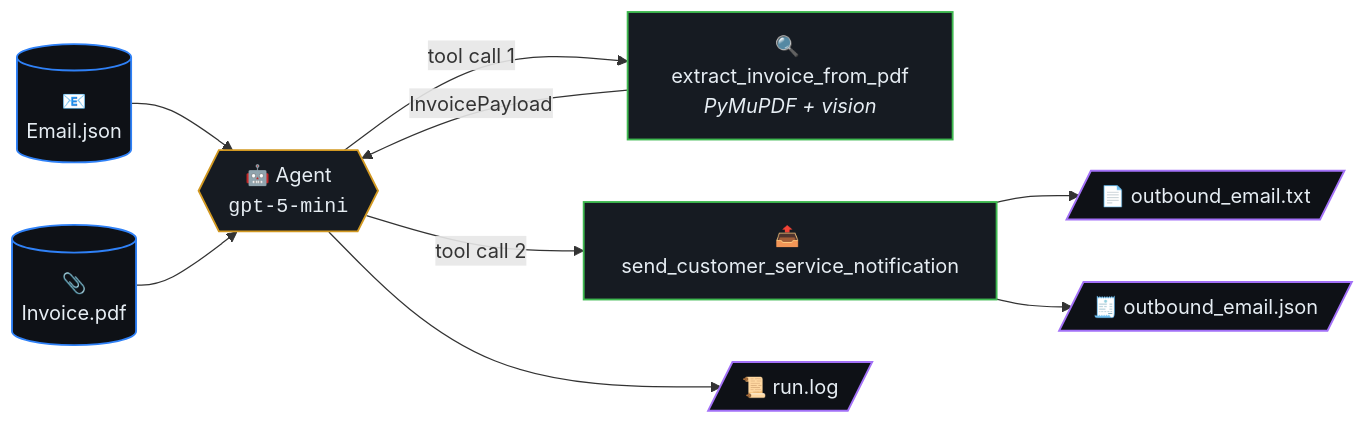
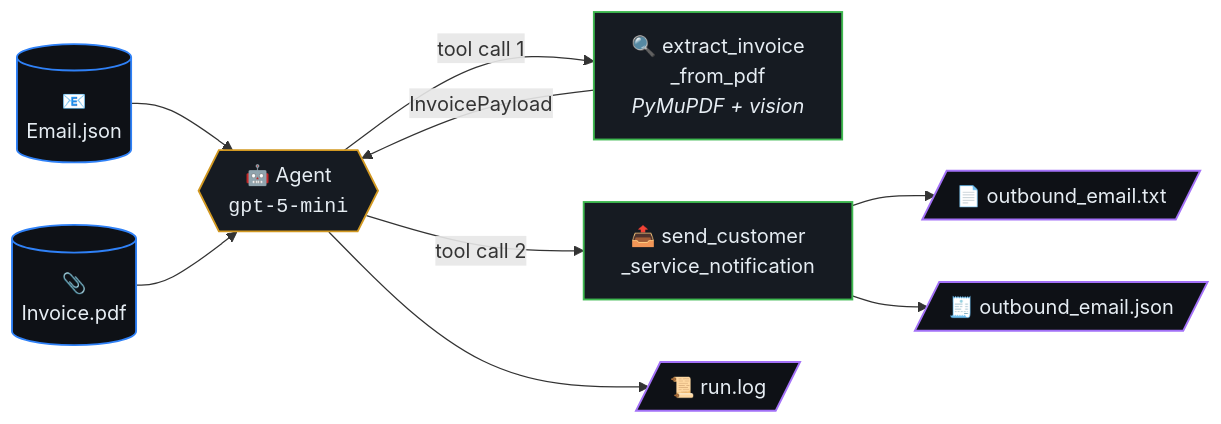
Before and after one commit to ml-lubich/infotech-email-agent: the first of 4 diagrams in README.md, drawn with Mermaid. The commit also changed other lines of this file and 51 other files, not shown here.

````diff
--- a/README.md
+++ b/README.md
@@ -8,29 +8,29 @@
 ```mermaid
 flowchart LR
     EMAIL[("📧<br/>Email.json")]
     PDF[("📎<br/>Invoice.pdf")]
     AGENT{{"🤖 Agent<br/><code>gpt-5-mini</code>"}}
-    EXTRACT["🔍 extract_invoice_from_pdf<br/><i>PyMuPDF + vision</i>"]
-    NOTIFY["📤 send_customer_service_notification"]
+    EXTRACT["🔍 extract_invoice<br/>_from_pdf<br/><i>PyMuPDF + vision</i>"]
+    NOTIFY["📤 send_customer<br/>_service_notification"]
     TXT[/"📄 outbound_email.txt"/]
     JSON[/"🧾 outbound_email.json"/]
     LOG[/"📜 run.log"/]
 
     EMAIL --> AGENT
     PDF --> AGENT
     AGENT -- "tool call 1" --> EXTRACT
     EXTRACT -- "InvoicePayload" --> AGENT
     AGENT -- "tool call 2" --> NOTIFY
     NOTIFY --> TXT
     NOTIFY --> JSON
     AGENT --> LOG
 
     classDef io fill:#0e1116,stroke:#2f81f7,stroke-width:1.5px,color:#e6edf3;
     classDef tool fill:#161b22,stroke:#3fb950,stroke-width:1.5px,color:#e6edf3;
     classDef brain fill:#161b22,stroke:#d29922,stroke-width:1.5px,color:#e6edf3;
     classDef out fill:#0e1116,stroke:#a371f7,stroke-width:1.5px,color:#e6edf3;
     class EMAIL,PDF io;
     class EXTRACT,NOTIFY tool;
     class AGENT brain;
     class TXT,JSON,LOG out;
 ```
````
